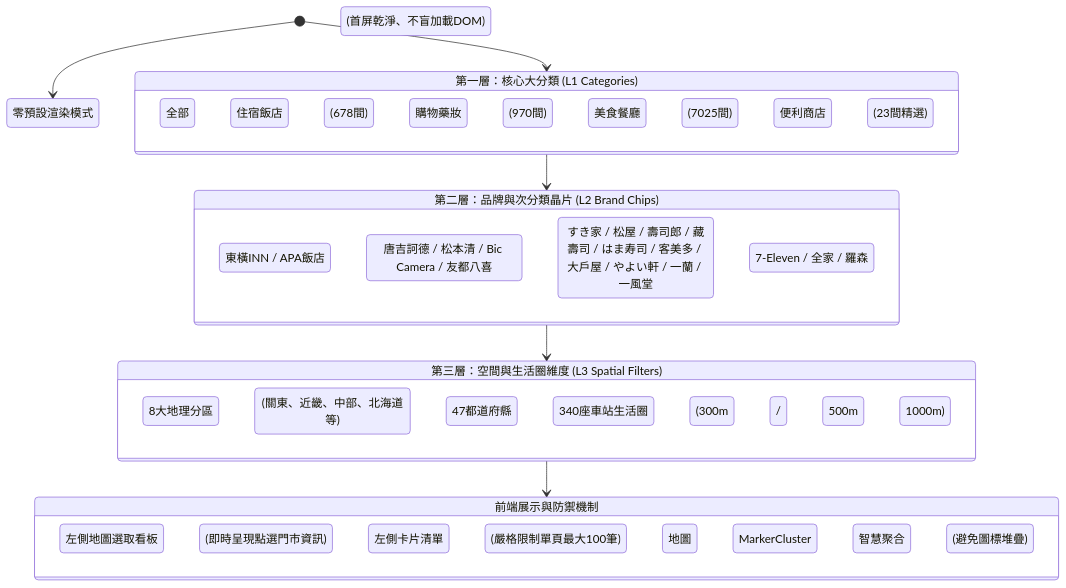
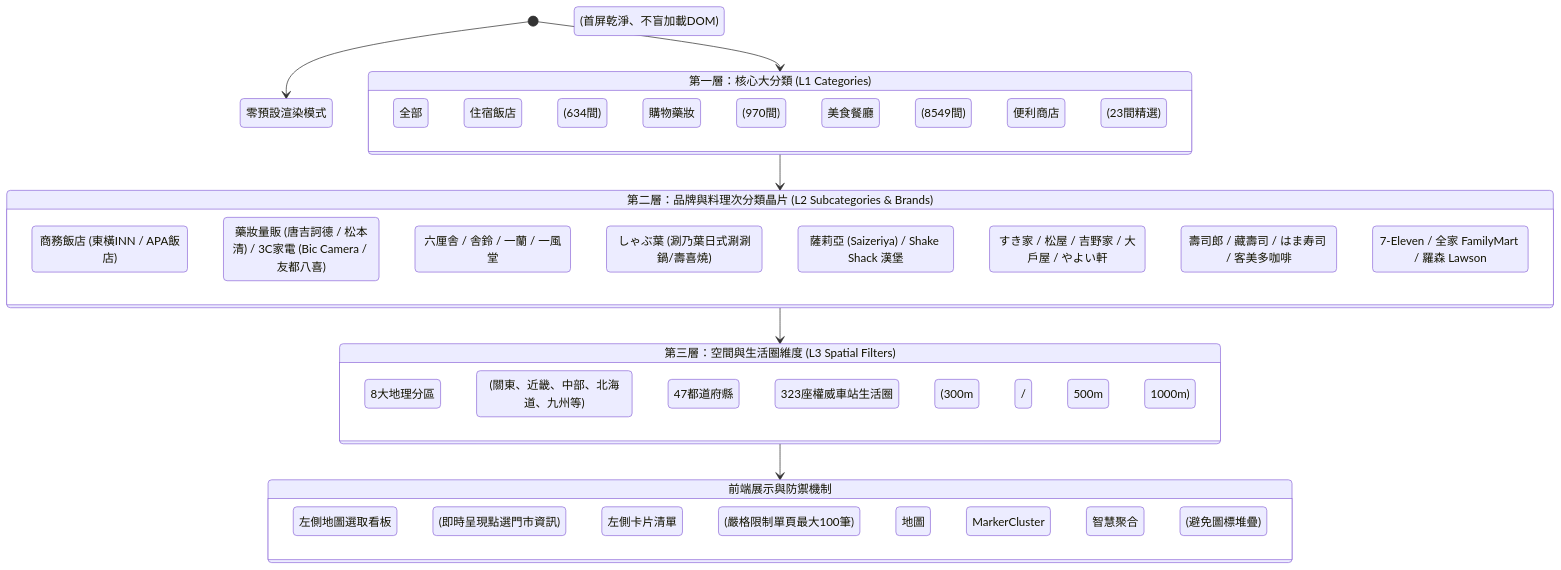
One commit to imhahac/japan-travel-map-guide changed the second of 2 diagrams in docs/ARCHITECTURE.md. Above: the diagram before and after it, drawn with Mermaid. The commit also changed other lines of this file and 17 other files, not shown here.

````diff
--- a/docs/ARCHITECTURE.md
+++ b/docs/ARCHITECTURE.md
@@ -90,36 +92,40 @@
 ```mermaid
 stateDiagram-v2
     [*] --> 零預設渲染模式 (首屏乾淨、不盲加載DOM)
 
     state "第一層：核心大分類 (L1 Categories)" as L1 {
         全部
-        住宿飯店 (678間)
+        住宿飯店 (634間)
         購物藥妝 (970間)
-        美食餐廳 (7025間)
+        美食餐廳 (8549間)
         便利商店 (23間精選)
     }
 
-    state "第二層：品牌與次分類晶片 (L2 Brand Chips)" as L2 {
-        住宿: 東橫INN / APA飯店
-        購物: 唐吉訶德 / 松本清 / Bic Camera / 友都八喜
-        美食: すき家 / 松屋 / 壽司郎 / 藏壽司 / はま寿司 / 客美多 / 大戶屋 / やよい軒 / 一蘭 / 一風堂
-        超商: 7-Eleven / 全家 / 羅森
+    state "第二層：品牌與料理次分類晶片 (L2 Subcategories & Brands)" as L2 {
+        住宿: 商務飯店 (東橫INN / APA飯店)
+        購物: 藥妝量販 (唐吉訶德 / 松本清) / 3C家電 (Bic Camera / 友都八喜)
+        拉麵: 六厘舎 / 舎鈴 / 一蘭 / 一風堂
+        鍋物: しゃぶ葉 (涮乃葉日式涮涮鍋/壽喜燒)
+        洋食家庭: 薩莉亞 (Saizeriya) / Shake Shack 漢堡
+        牛丼定食: すき家 / 松屋 / 吉野家 / 大戶屋 / やよい軒
+        壽司咖啡: 壽司郎 / 藏壽司 / はま寿司 / 客美多咖啡
+        超商: 7-Eleven / 全家 FamilyMart / 羅森 Lawson
     }
 
     state "第三層：空間與生活圈維度 (L3 Spatial Filters)" as L3 {
-        8大地理分區 (關東、近畿、中部、北海道等)
+        8大地理分區 (關東、近畿、中部、北海道、九州等)
         47都道府縣
-        340座車站生活圈 (300m / 500m / 1000m)
+        323座權威車站生活圈 (300m / 500m / 1000m)
     }
 
     state "前端展示與防禦機制" as Output {
         左側地圖選取看板 (即時呈現點選門市資訊)
         左側卡片清單 (嚴格限制單頁最大100筆)
         地圖 MarkerCluster 智慧聚合 (避免圖標堆疊)
     }
 
     [*] --> L1
     L1 --> L2
     L2 --> L3
     L3 --> Output
 ```
````
